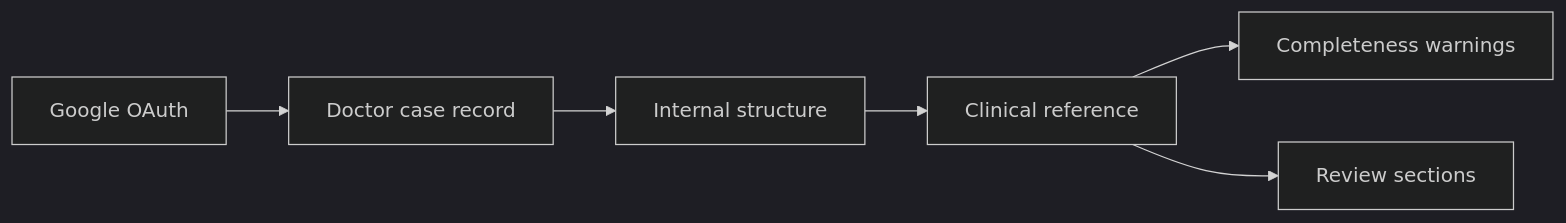
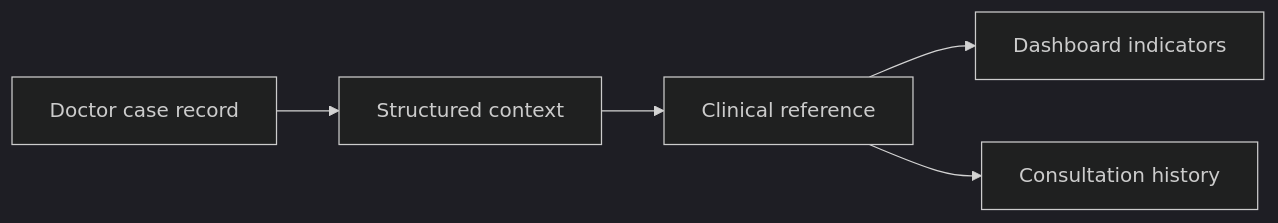
The first of 2 diagrams in README.md (chiaweiwoo/tcm-diagnosis), drawn with Mermaid (dark theme) before and after one commit. The commit also changed other lines of this file and 3 other files, not shown here.

````diff
--- a/README.md
+++ b/README.md
@@ -25,8 +18,7 @@
 ```mermaid
 flowchart LR
-    G["Google OAuth"] --> D["Doctor case record"]
-    D --> O["Internal structure"]
+    D["Doctor case record"] --> O["Structured context"]
     O --> A["Clinical reference"]
-    A --> W["Completeness warnings"]
-    A --> R["Review sections"]
+    A --> K["Dashboard indicators"]
+    A --> H["Consultation history"]
 ```
````
